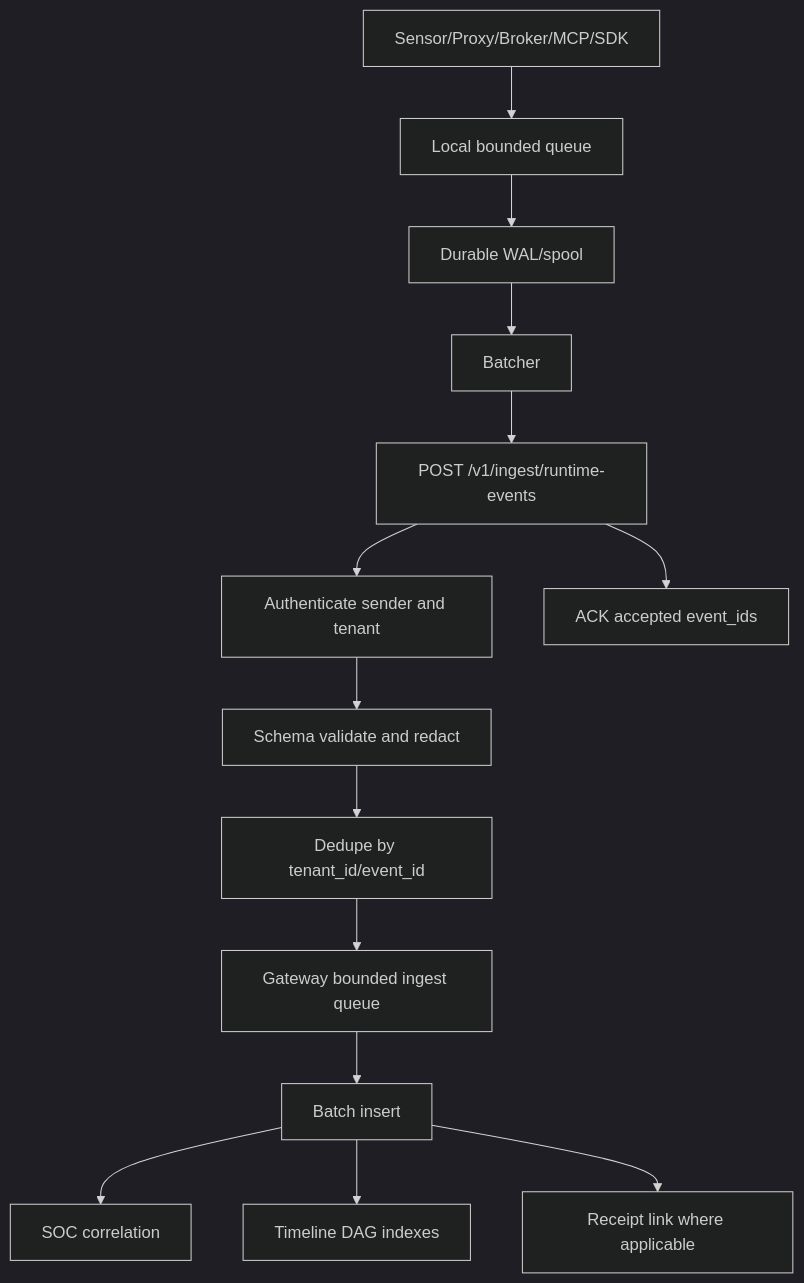
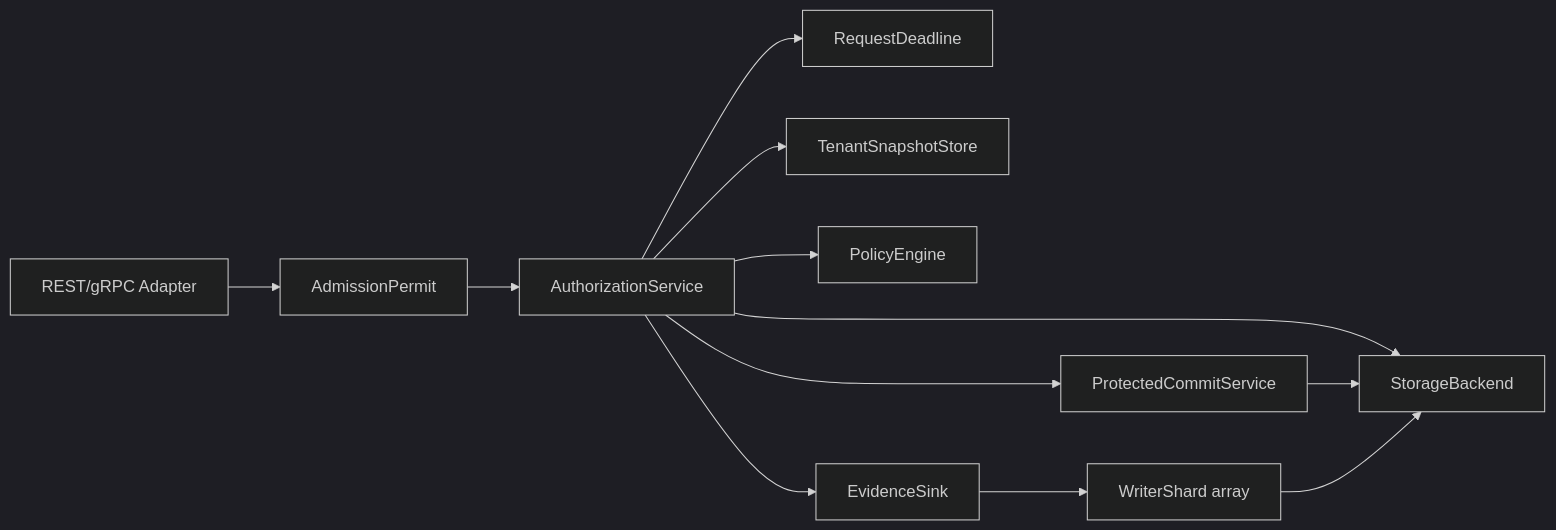
Before and after one commit to lavkushry/AegisAgent: the first of 6 diagrams in docs/AegisAgent_World_Class_LLD.md, drawn with Mermaid (dark theme). The commit also changed other lines of this file and 18 other files, not shown here.

First line of the commit message:
Enhance documentation and architecture clarity

````diff
--- a/docs/AegisAgent_World_Class_LLD.md
+++ b/docs/AegisAgent_World_Class_LLD.md
@@ -445,16 +78,14 @@
 ```mermaid
-flowchart TD
-    Source[Sensor/Proxy/Broker/MCP/SDK] --> Local[Local bounded queue]
-    Local --> Spool[Durable WAL/spool]
-    Spool --> Batch[Batcher]
-    Batch --> HTTP[POST /v1/ingest/runtime-events]
-    HTTP --> Auth[Authenticate sender and tenant]
-    Auth --> Validate[Schema validate and redact]
-    Validate --> Dedupe[Dedupe by tenant_id/event_id]
-    Dedupe --> Queue[Gateway bounded ingest queue]
-    Queue --> Store[Batch insert]
-    Store --> Correlate[SOC correlation]
-    Store --> Timeline[Timeline DAG indexes]
-    Store --> Receipt[Receipt link where applicable]
-    HTTP --> Ack[ACK accepted event_ids]
+flowchart LR
+    Adapter[REST/gRPC Adapter] --> Gate[AdmissionPermit]
+    Gate --> Service[AuthorizationService]
+    Service --> Deadline[RequestDeadline]
+    Service --> Snap[TenantSnapshotStore]
+    Service --> Policy[PolicyEngine]
+    Service --> Storage[StorageBackend]
+    Service --> Durable[ProtectedCommitService]
+    Service --> Sink[EvidenceSink]
+    Durable --> Storage
+    Sink --> Shards[WriterShard array]
+    Shards --> Storage
 ```
````
